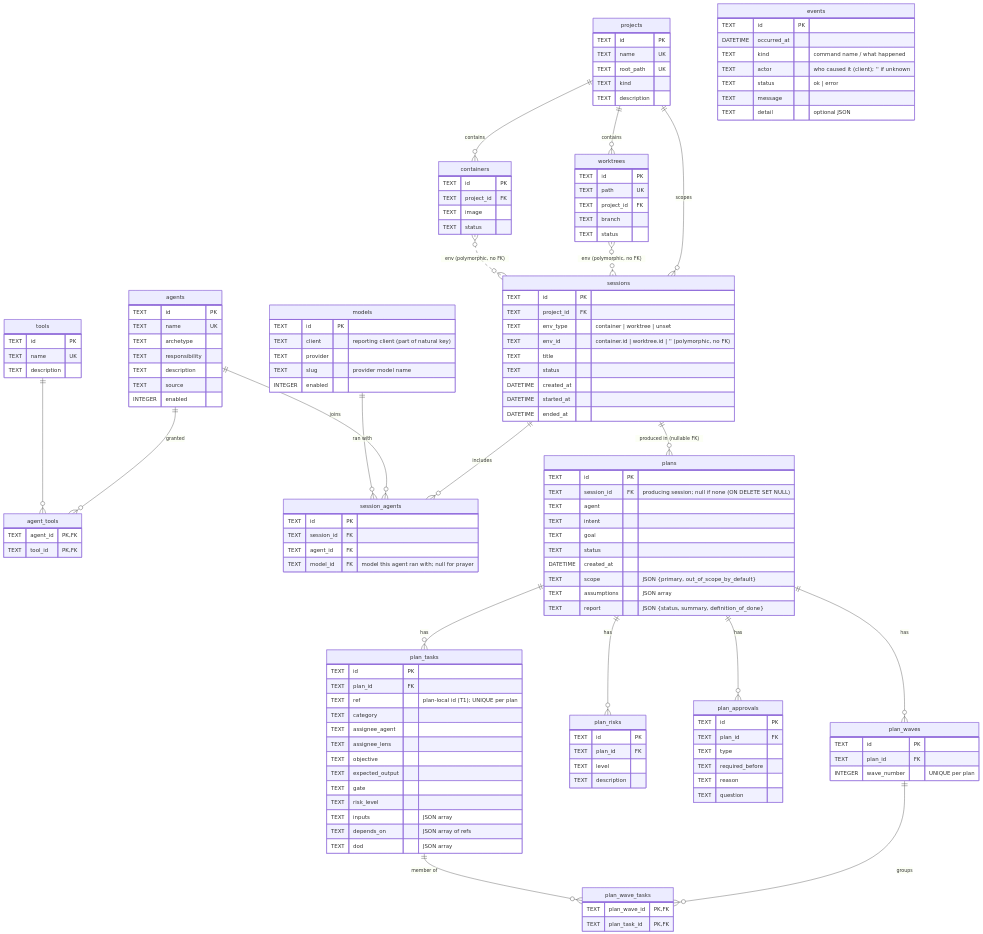
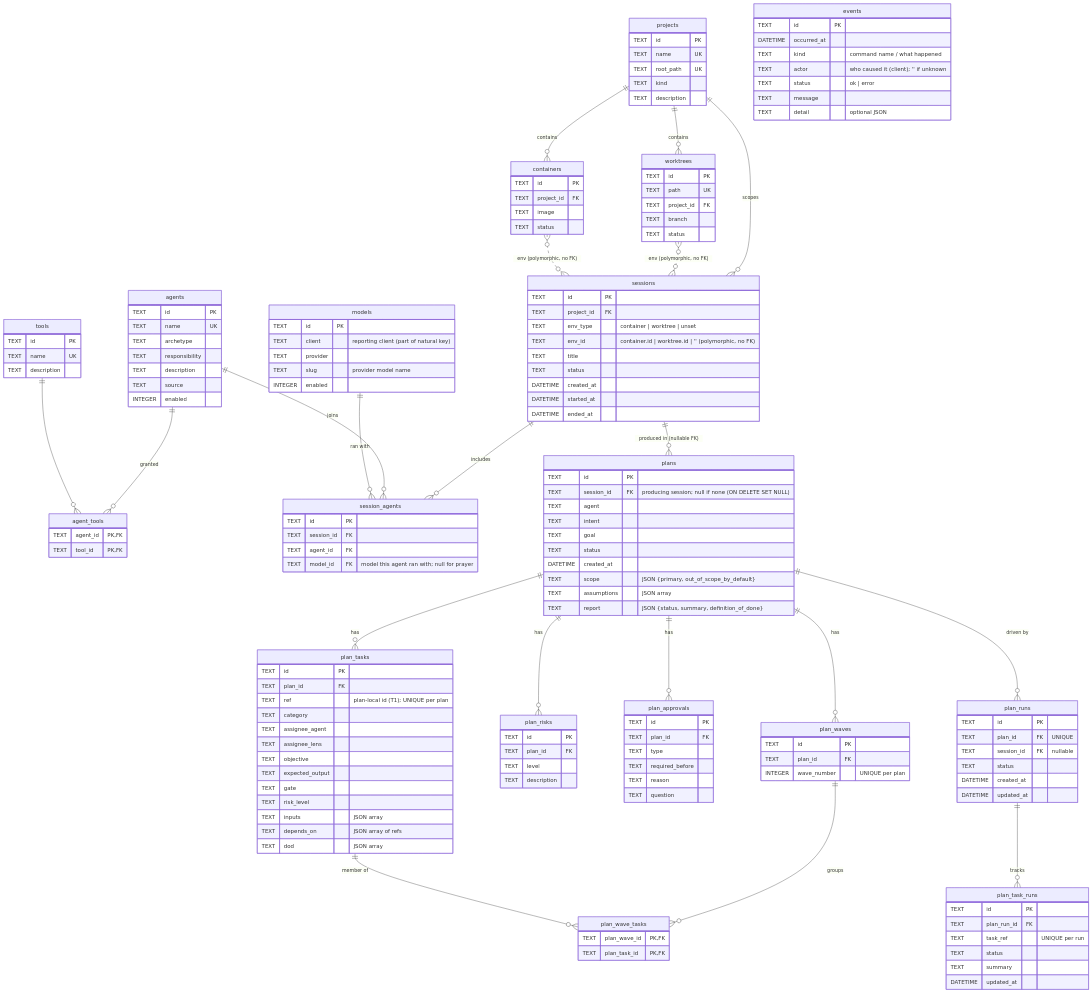
One commit to hieutran21198/cirius-harness changed the diagram in docs/specs/harness-data-model.md. Above: the diagram before and after it, drawn with Mermaid. The commit also changed other lines of this file and 36 other files, not shown here.

````diff
--- a/docs/specs/harness-data-model.md
+++ b/docs/specs/harness-data-model.md
@@ -218,6 +226,22 @@
         TEXT plan_wave_id PK,FK
         TEXT plan_task_id PK,FK
     }
+    plan_runs {
+        TEXT     id         PK
+        TEXT     plan_id    FK "UNIQUE"
+        TEXT     session_id FK "nullable"
+        TEXT     status
+        DATETIME created_at
+        DATETIME updated_at
+    }
+    plan_task_runs {
+        TEXT     id          PK
+        TEXT     plan_run_id FK
+        TEXT     task_ref    "UNIQUE per run"
+        TEXT     status
+        TEXT     summary
+        DATETIME updated_at
+    }
 
     agents    ||--o{ agent_tools    : "granted"
     tools     ||--o{ agent_tools    : ""
@@ -236,4 +260,6 @@
     plans     ||--o{ plan_waves     : "has"
     plan_waves ||--o{ plan_wave_tasks : "groups"
     plan_tasks ||--o{ plan_wave_tasks : "member of"
+    plans     ||--o{ plan_runs       : "driven by"
+    plan_runs ||--o{ plan_task_runs  : "tracks"
 ```
````
